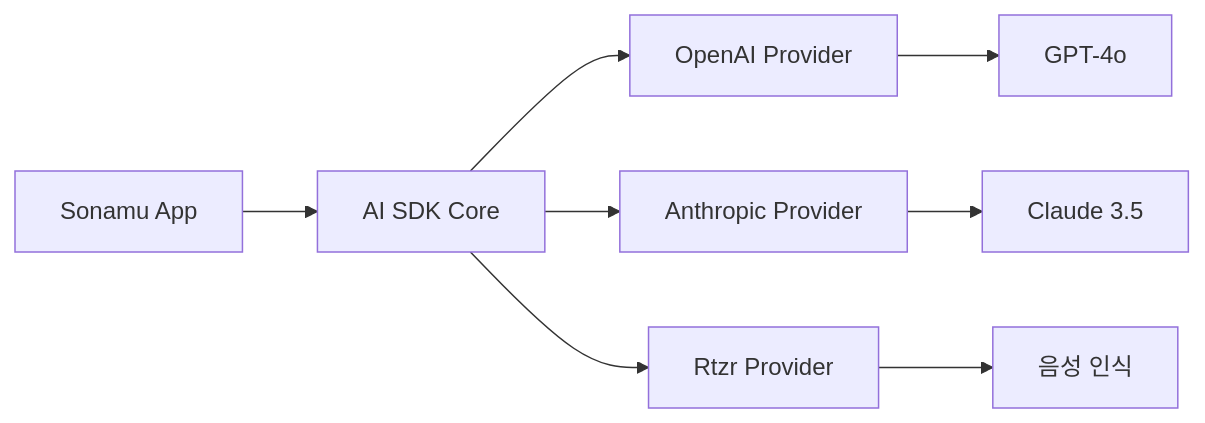
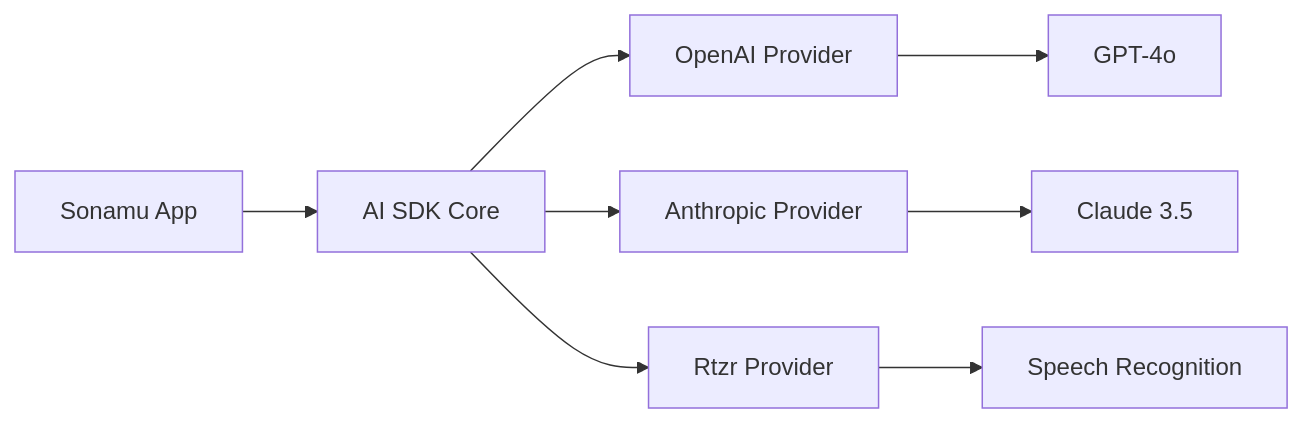
Before and after one commit to cartanova-ai/sonamu: the diagram in modules/docs/en/advanced-features/ai-agents/using-ai-sdk.mdx, drawn with Mermaid. The commit also changed other lines of this file and 86 other files, not shown here.

````diff
--- a/modules/docs/en/advanced-features/ai-agents/using-ai-sdk.mdx
+++ b/modules/docs/en/advanced-features/ai-agents/using-ai-sdk.mdx
@@ -12,10 +12,10 @@
 ```mermaid
 graph LR
     App[Sonamu App] --> SDK[AI SDK Core]
     SDK --> OpenAI[OpenAI Provider]
     SDK --> Anthropic[Anthropic Provider]
     SDK --> Rtzr[Rtzr Provider]
     OpenAI --> GPT[GPT-4o]
     Anthropic --> Claude[Claude 3.5]
-    Rtzr --> STT[음성 인식]
+    Rtzr --> STT[Speech Recognition]
 ```
````
